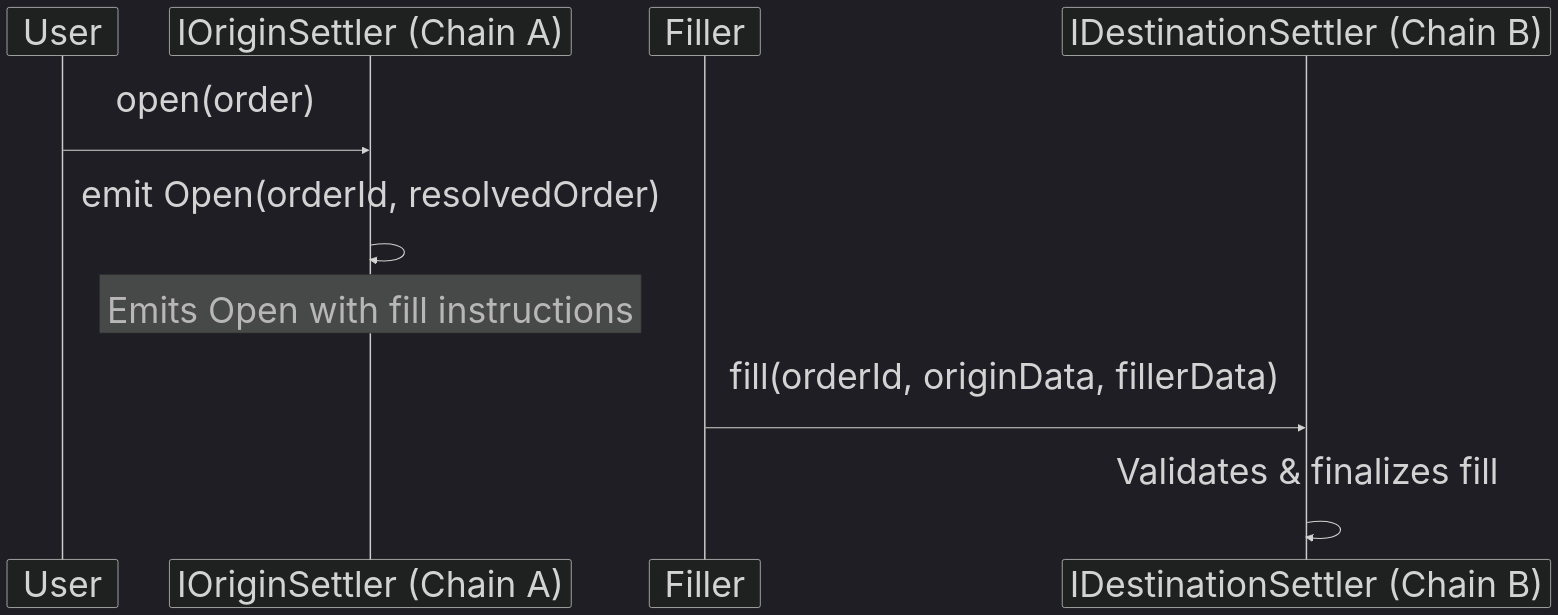
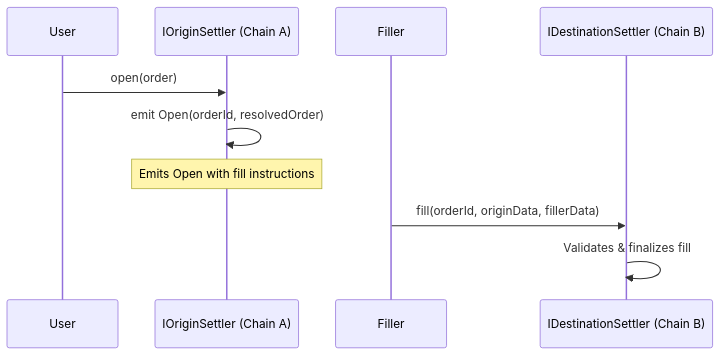
One commit to ethereum/L2-interop changed the second of 3 diagrams in docs/intents/intent-types.md. Above: the diagram before and after it, drawn with Mermaid. The commit also changed other lines of this file, not shown here.

Commit message:
adjust mermaids

````diff
--- a/docs/intents/intent-types.md
+++ b/docs/intents/intent-types.md
@@ -42,20 +35,14 @@
 ```mermaid
----
-config:
-  theme: dark
-  fontSize: 48
----
-
 sequenceDiagram
     participant User
     participant OriginSettler as IOriginSettler (Chain A)
     participant Filler
     participant DestinationSettler as IDestinationSettler (Chain B)
 
     User->>OriginSettler: open(order)
     OriginSettler->>OriginSettler: emit Open(orderId, resolvedOrder)
     Note over OriginSettler: Emits Open with fill instructions
 
     Filler->>DestinationSettler: fill(orderId, originData, fillerData)
     DestinationSettler->>DestinationSettler: Validates & finalizes fill
 ```
````
